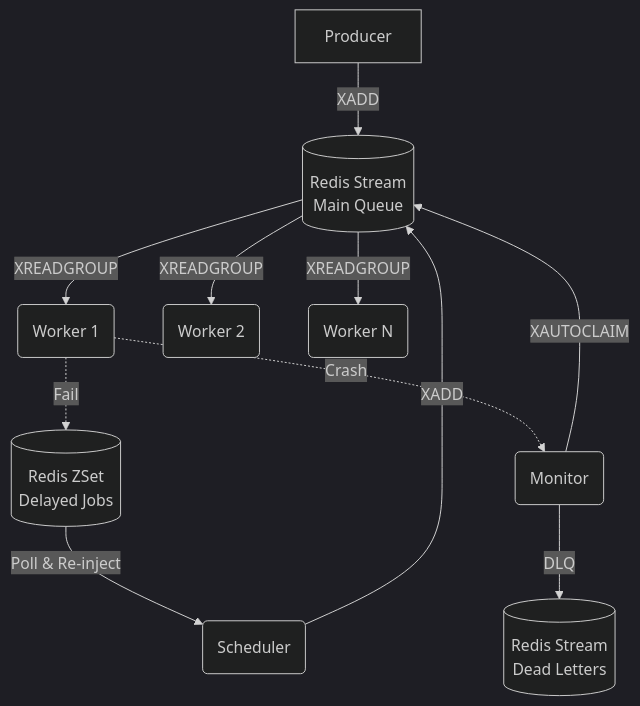
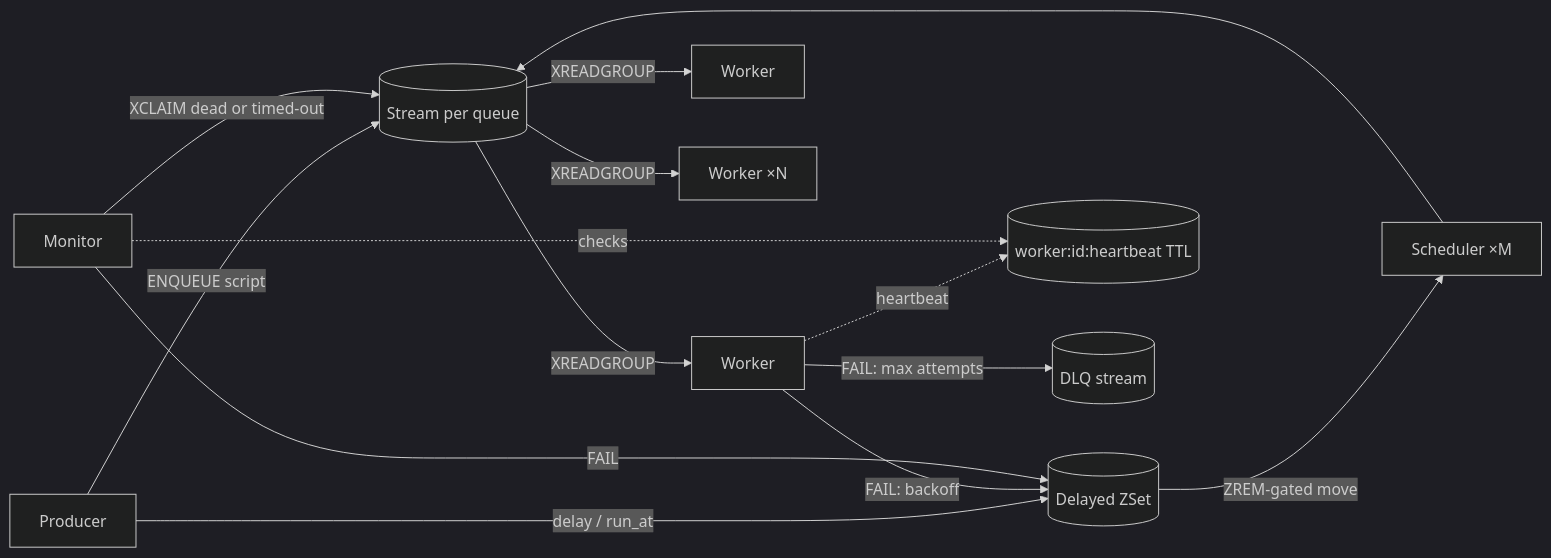
The diagram in README.md (SID-singh1/Distqueue), drawn with Mermaid (dark theme) before and after one commit. The commit also changed other lines of this file and 5 other files, not shown here.

````diff
--- a/README.md
+++ b/README.md
@@ -16,16 +46,15 @@
 ```mermaid
-graph TD
-    P[Producer] -->|XADD| S[(Redis Stream<br>Main Queue)]
-    S -->|XREADGROUP| W1(Worker 1)
-    S -->|XREADGROUP| W2(Worker 2)
-    S -->|XREADGROUP| WN(Worker N)
-    
-    W1 -.->|Fail| Z[(Redis ZSet<br>Delayed Jobs)]
-    W1 -.->|Crash| M(Monitor)
-    
-    Z -->|Poll & Re-inject| SCH(Scheduler)
-    SCH -->|XADD| S
-    
-    M -->|XAUTOCLAIM| S
-    M -->|DLQ| DLQ[(Redis Stream<br>Dead Letters)]
+flowchart LR
+    P[Producer] -->|ENQUEUE script| S[(Stream per queue)]
+    P -->|delay / run_at| Z[(Delayed ZSet)]
+    S -->|XREADGROUP| W1[Worker]
+    S -->|XREADGROUP| W2[Worker]
+    S -->|XREADGROUP| WN[Worker ×N]
+    W1 -. heartbeat .-> H[(worker:id:heartbeat TTL)]
+    W1 -->|FAIL: backoff| Z
+    W1 -->|FAIL: max attempts| D[(DLQ stream)]
+    Z -->|ZREM-gated move| SCH[Scheduler ×M] --> S
+    M[Monitor] -->|XCLAIM dead or timed-out| S
+    M -. checks .-> H
+    M -->|FAIL| Z
 ```
````
